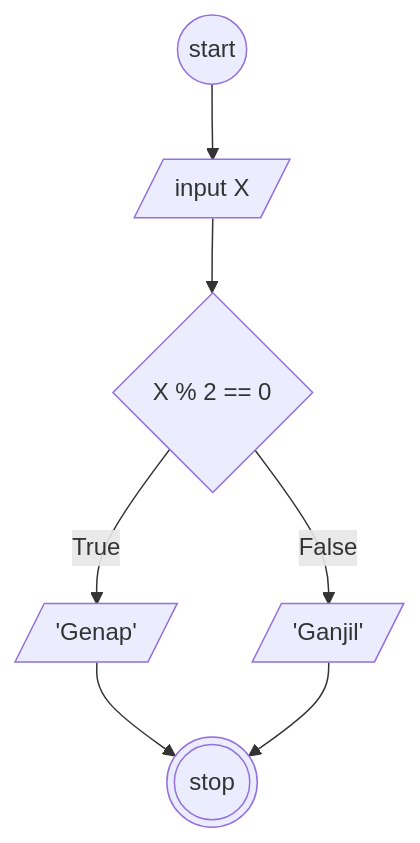
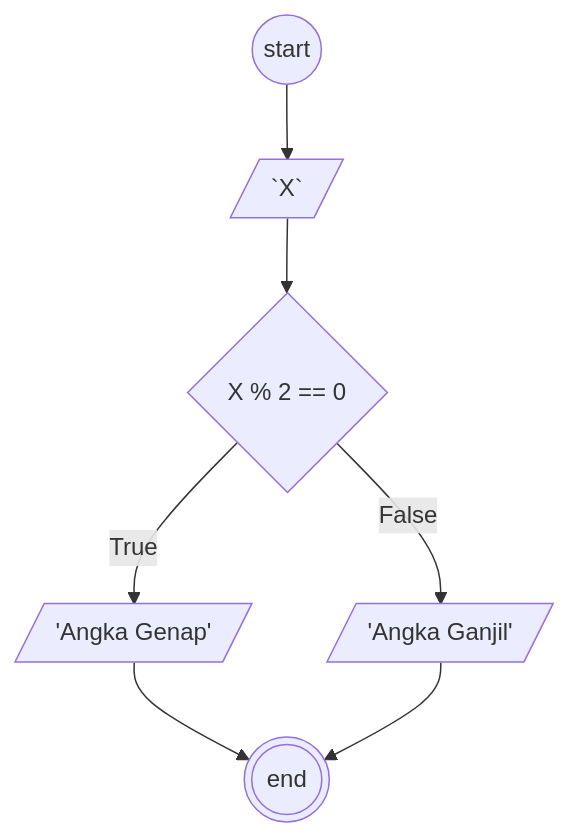
One commit to VsalCode/fgo24-Algoritma changed the diagram in minitask2.md. Above: the diagram before and after it, drawn with Mermaid. The commit also changed other lines of this file, not shown here.

````diff
--- a/minitask2.md
+++ b/minitask2.md
@@ -13,18 +13,18 @@
 ```mermaid
 flowchart TD
     A@{shape: circle, label: "start"}
-    B@{shape: lean-r, label: "input X"}
+    B@{shape: lean-r, label: "`X`"}
     C@{ shape: diamond, label: "X % 2 == 0" }
-    D@{shape: lean-r, label: " 'Genap' "}
-    E@{shape: lean-r, label: " 'Ganjil' "}
-    X@{shape: dbl-circ, label: "stop"}
+    D@{shape: lean-r, label: " 'Angka Genap' "}
+    E@{shape: lean-r, label: " 'Angka Ganjil' "}
+    X@{shape: dbl-circ, label: "end"}
 
     A --> B
     B --> C
     C -- True --> D
     C -- False --> E
 
     D --> X
     E --> X
 
 ```
````
